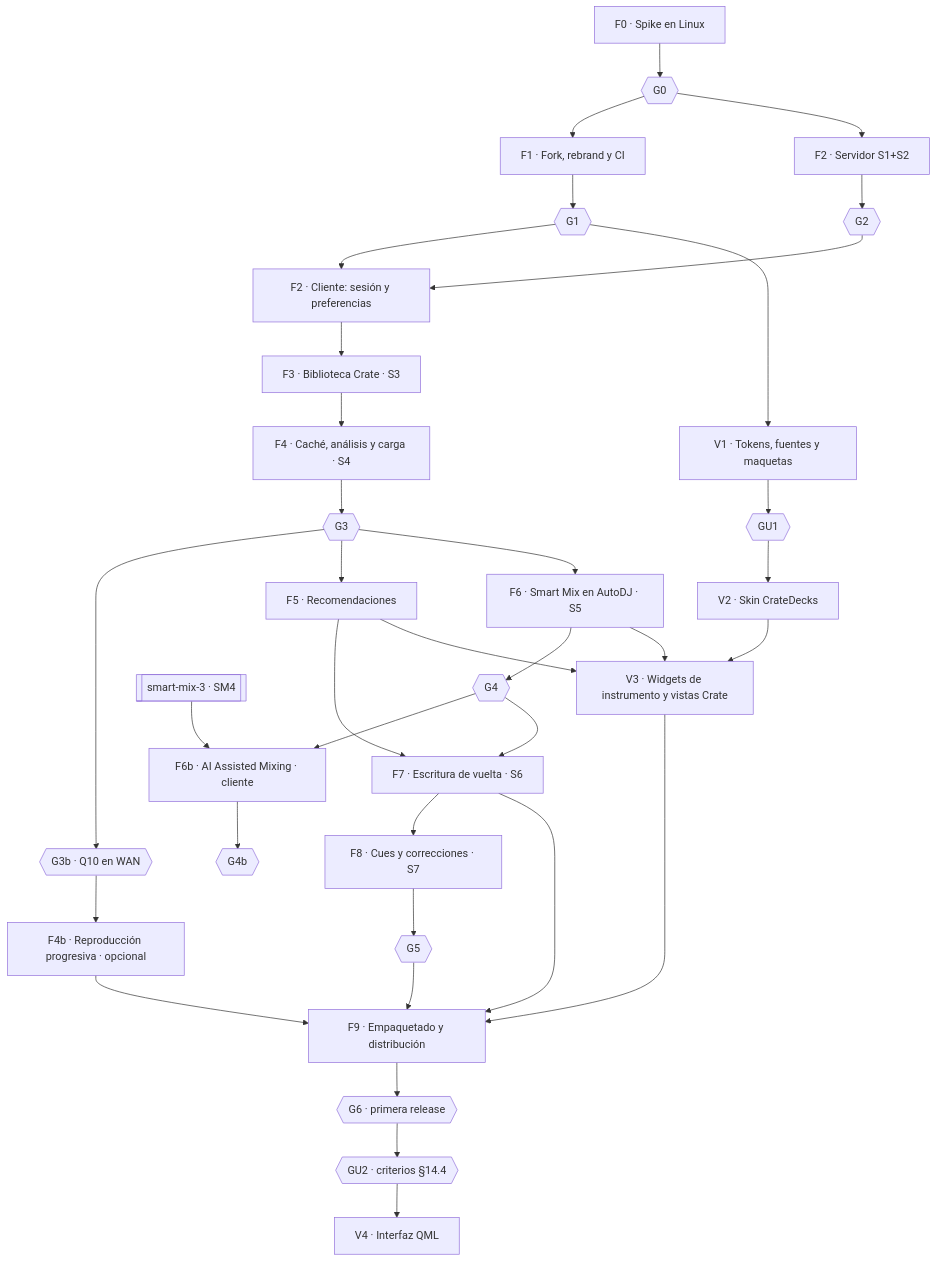
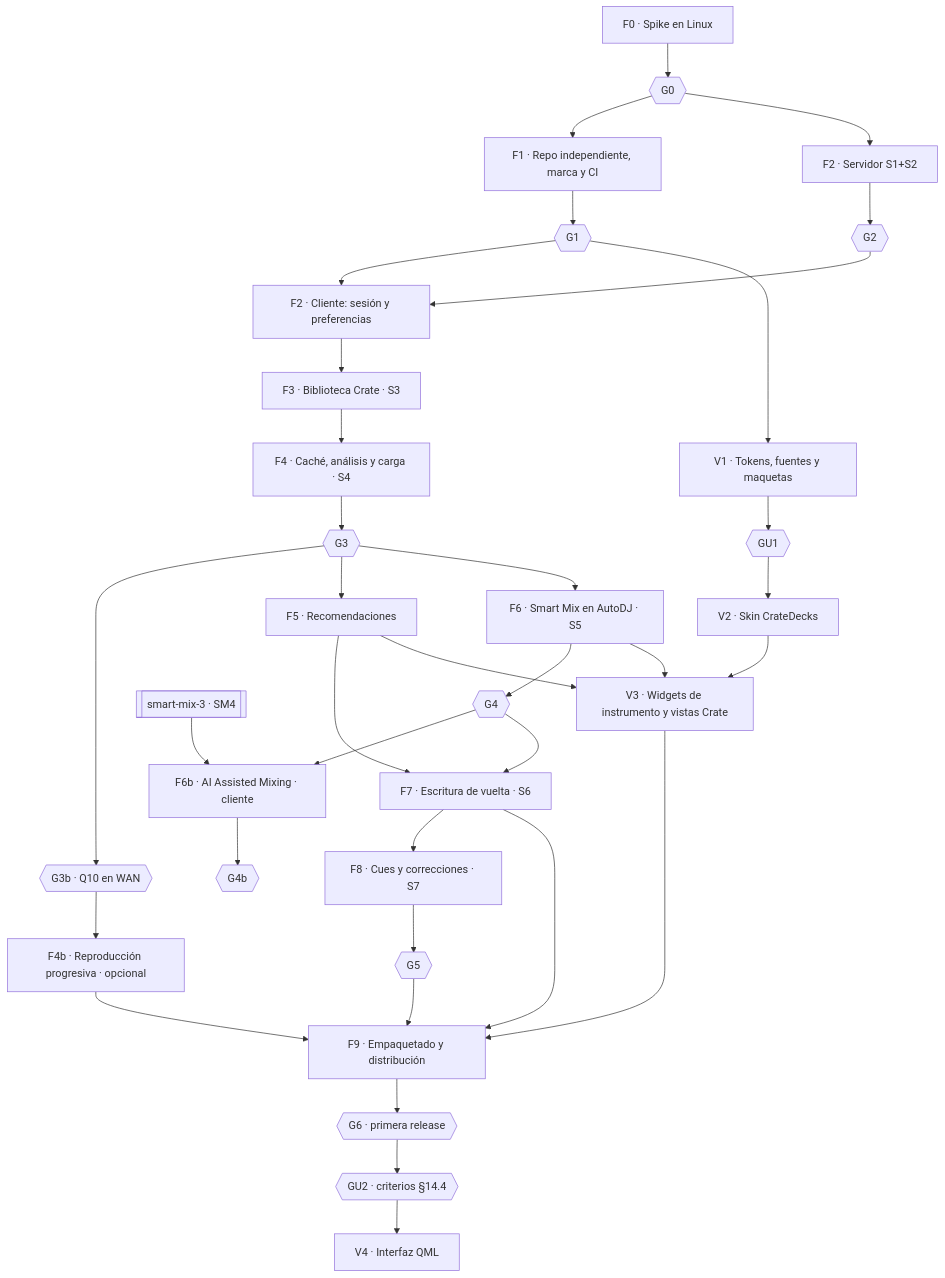
One commit to thecrateapp/crate-decks changed the diagram in docs/plans/2026-11-02-crate-decks-implementation-plan.md. Above: the diagram before and after it, drawn with Mermaid. The commit also changed other lines of this file and 2 other files, not shown here.

````diff
--- a/docs/plans/2026-11-02-crate-decks-implementation-plan.md
+++ b/docs/plans/2026-11-02-crate-decks-implementation-plan.md
@@ -84,38 +84,38 @@
 ```mermaid
 flowchart TD
   F0[F0 · Spike en Linux] --> G0{{G0}}
-  G0 --> F1[F1 · Fork, rebrand y CI]
+  G0 --> F1[F1 · Repo independiente, marca y CI]
   F1 --> G1{{G1}}
   G0 --> F2S[F2 · Servidor S1+S2]
   G1 --> F2C[F2 · Cliente: sesión y preferencias]
   F2S --> G2{{G2}}
   G2 --> F2C
   F2C --> F3[F3 · Biblioteca Crate · S3]
   F3 --> F4[F4 · Caché, análisis y carga · S4]
   F4 --> G3{{G3}}
   G3 --> G3b{{G3b · Q10 en WAN}}
   G3b --> F4b[F4b · Reproducción progresiva · opcional]
   F4b --> F9
   G3 --> F5[F5 · Recomendaciones]
   G3 --> F6[F6 · Smart Mix en AutoDJ · S5]
   F6 --> G4{{G4}}
   SM4[[smart-mix-3 · SM4]] --> F6b[F6b · AI Assisted Mixing · cliente]
   G4 --> F6b
   F6b --> G4b{{G4b}}
   F5 --> F7[F7 · Escritura de vuelta · S6]
   G4 --> F7
   F7 --> F8[F8 · Cues y correcciones · S7]
   F8 --> G5{{G5}}
   G5 --> F9[F9 · Empaquetado y distribución]
   F7 --> F9
   F9 --> G6{{G6 · primera release}}
   G1 --> V1[V1 · Tokens, fuentes y maquetas]
   V1 --> GU1{{GU1}}
   GU1 --> V2[V2 · Skin CrateDecks]
   V2 --> V3[V3 · Widgets de instrumento y vistas Crate]
   F5 --> V3
   F6 --> V3
   V3 --> F9
   G6 --> GU2{{GU2 · criterios §14.4}}
   GU2 --> V4[V4 · Interfaz QML]
 ```
````
